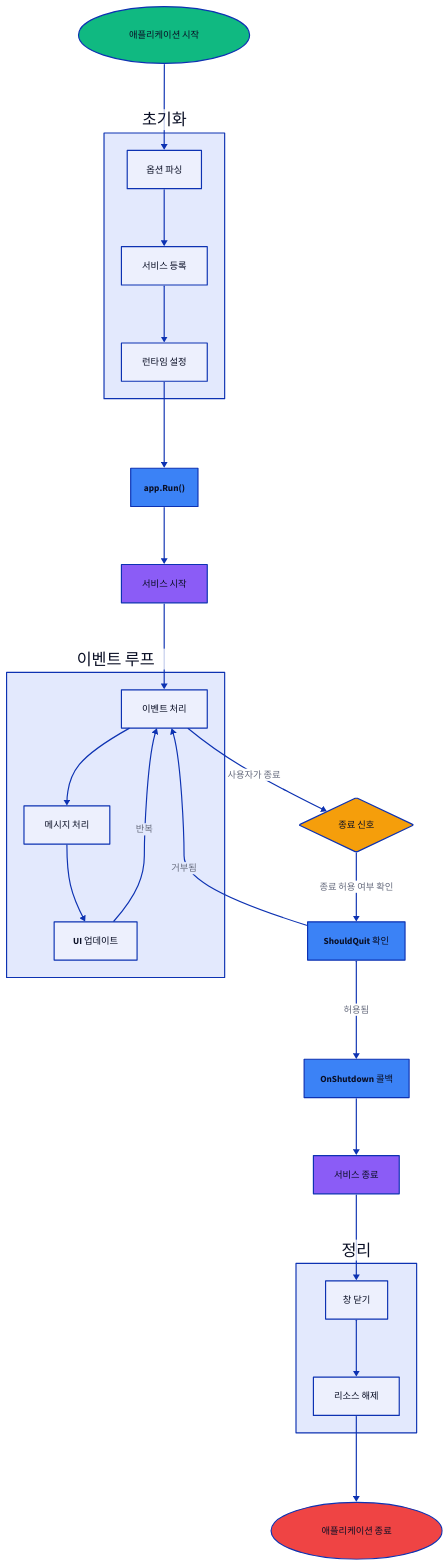
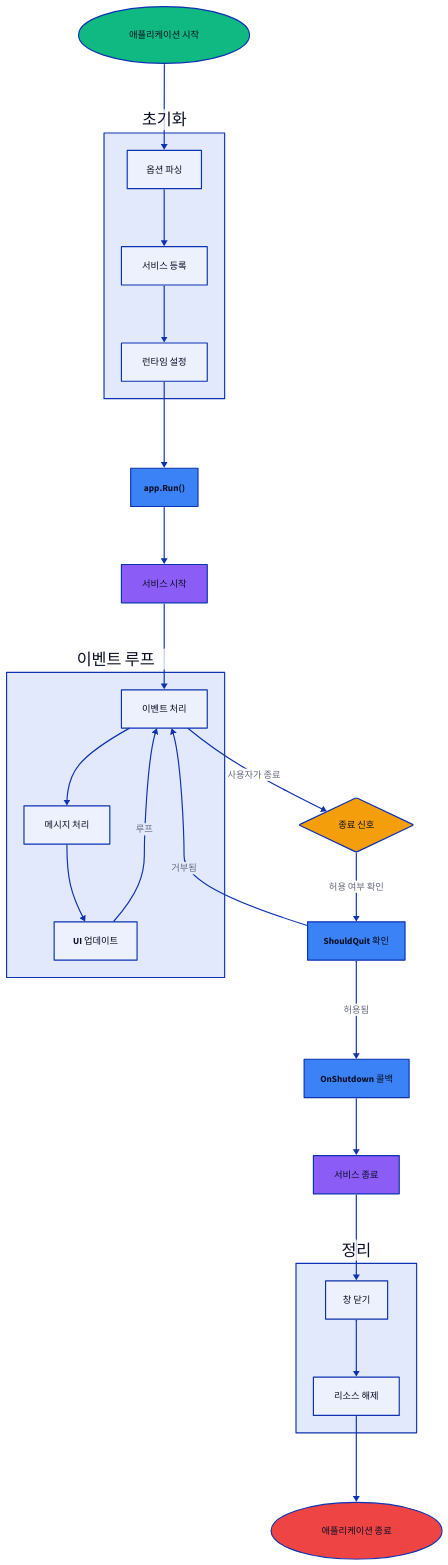
The first of 2 diagrams in docs/mpress/content/ko/concepts/lifecycle.md (wailsapp/wails), drawn with D2 before and after one commit. The commit also changed other lines of this file and 1096 other files, not shown here.

```diff
--- a/docs/mpress/content/ko/concepts/lifecycle.md
+++ b/docs/mpress/content/ko/concepts/lifecycle.md
@@ -95,9 +95,9 @@
 ServiceStartup -> EventLoop.Process
 EventLoop.Process -> EventLoop.Handle
 EventLoop.Handle -> EventLoop.Update
-EventLoop.Update -> EventLoop.Process: 반복
+EventLoop.Update -> EventLoop.Process: 루프
 EventLoop.Process -> QuitSignal: 사용자가 종료
-QuitSignal -> ShouldQuit: 종료 허용 여부 확인
+QuitSignal -> ShouldQuit: 허용 여부 확인
 ShouldQuit -> EventLoop.Process: 거부됨
 ShouldQuit -> OnShutdown: 허용됨
 OnShutdown -> ServiceShutdown
```
